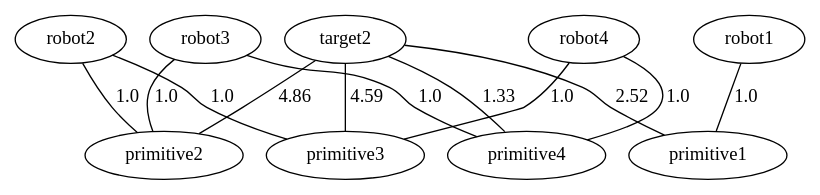
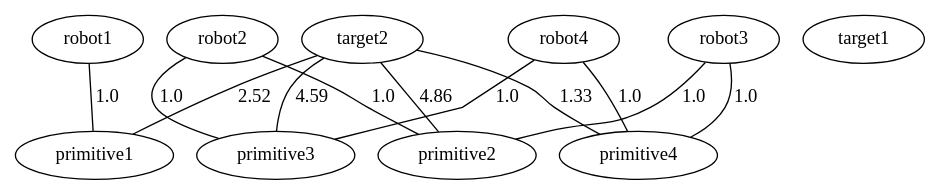
One commit to raaslab/multi-robot_task_allocation changed the diagram in max_min_lp_visualization/log/general_graph.dot. Above: the diagram before and after it, drawn with Graphviz. The commit also changed 9 other files, not shown here.

Commit message:
Layered graph for the central node is complete

```diff
--- a/max_min_lp_visualization/log/general_graph.dot
+++ b/max_min_lp_visualization/log/general_graph.dot
@@ -1,35 +1,36 @@
 strict graph {
 	graph [bb="0,0,0,0"];
 	node [label="\N"];
-	robot2	 [pos="-225.000000,75.000000)"];
-	primitive2	 [pos="-225.000000,0.000000)"];
+	robot1	 [pos="-225.000000,75.000000)"];
+	primitive1	 [pos="-225.000000,0.000000)"];
+	robot1 -- primitive1	 [label=1.0,
+		weight=1.0];
+	robot2	 [pos="-75.000000,75.000000)"];
+	primitive2	 [pos="-75.000000,0.000000)"];
 	robot2 -- primitive2	 [label=1.0,
 		weight=1.0];
-	primitive3	 [pos="-75.000000,0.000000)"];
+	primitive3	 [pos="75.000000,0.000000)"];
 	robot2 -- primitive3	 [label=1.0,
 		weight=1.0];
-	robot3	 [pos="-75.000000,75.000000)"];
+	robot3	 [pos="75.000000,75.000000)"];
 	robot3 -- primitive2	 [label=1.0,
 		weight=1.0];
-	primitive4	 [pos="75.000000,0.000000)"];
+	primitive4	 [pos="225.000000,0.000000)"];
 	robot3 -- primitive4	 [label=1.0,
 		weight=1.0];
-	robot4	 [pos="75.000000,75.000000)"];
+	robot4	 [pos="225.000000,75.000000)"];
 	robot4 -- primitive3	 [label=1.0,
 		weight=1.0];
 	robot4 -- primitive4	 [label=1.0,
 		weight=1.0];
-	robot1	 [pos="225.000000,75.000000)"];
-	primitive1	 [pos="225.000000,0.000000)"];
-	robot1 -- primitive1	 [label=1.0,
-		weight=1.0];
-	target2	 [pos="0.000000,-75.000000)"];
+	target1	 [pos="-75.000000,-75.000000)"];
+	target2	 [pos="75.000000,-75.000000)"];
+	target2 -- primitive1	 [label=2.52,
+		weight=2.52002024651];
 	target2 -- primitive2	 [label=4.86,
-		weight=4.8624587059];
+		weight=4.86245965958];
 	target2 -- primitive3	 [label=4.59,
-		weight=4.58881473541];
+		weight=4.5888171196];
 	target2 -- primitive4	 [label=1.33,
-		weight=1.3273178339];
-	target2 -- primitive1	 [label=2.52,
-		weight=2.52001976967];
+		weight=1.32731926441];
 }
```
